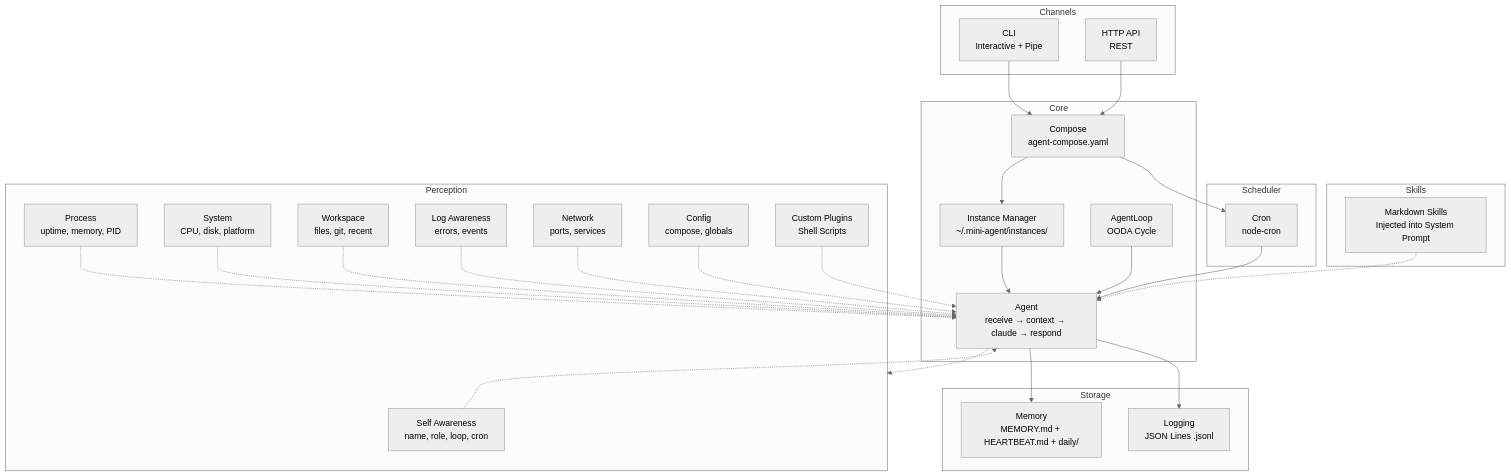
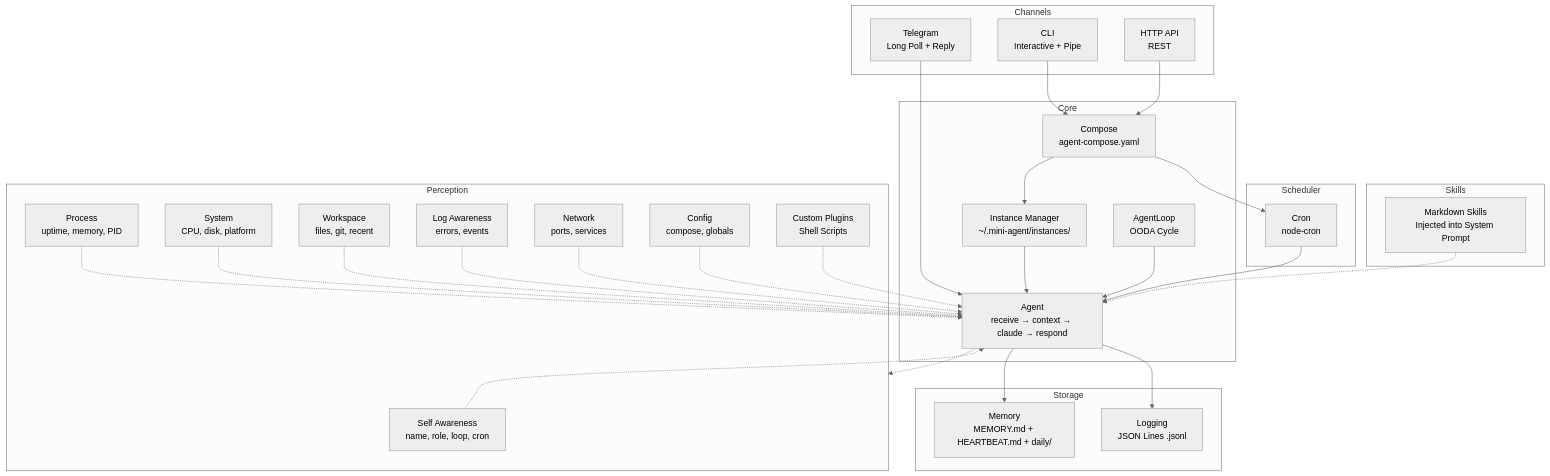
One commit to miles990/mini-agent changed the diagram in README.md. Above: the diagram before and after it, drawn with Mermaid (neutral theme). The commit also changed other lines of this file and 7 other files, not shown here.

````diff
--- a/README.md
+++ b/README.md
@@ -16,59 +17,61 @@
 ```mermaid
 graph TB
     subgraph Channels
         CLI[CLI<br/>Interactive + Pipe]
         API[HTTP API<br/>REST]
+        TG[Telegram<br/>Long Poll + Reply]
     end
 
     subgraph Core
         Compose[Compose<br/>agent-compose.yaml]
         Instance[Instance Manager<br/>~/.mini-agent/instances/]
         Agent[Agent<br/>receive → context → claude → respond]
         Loop[AgentLoop<br/>OODA Cycle]
     end
 
     subgraph Perception
         Self[Self Awareness<br/>name, role, loop, cron]
         Process[Process<br/>uptime, memory, PID]
         System[System<br/>CPU, disk, platform]
         Workspace[Workspace<br/>files, git, recent]
         Logs[Log Awareness<br/>errors, events]
         Network[Network<br/>ports, services]
         Config[Config<br/>compose, globals]
         Custom[Custom Plugins<br/>Shell Scripts]
     end
 
     subgraph Skills
         Skill[Markdown Skills<br/>Injected into System Prompt]
     end
 
     subgraph Storage
         Memory[Memory<br/>MEMORY.md + HEARTBEAT.md + daily/]
         LogStore[Logging<br/>JSON Lines .jsonl]
     end
 
     subgraph Scheduler
         Cron[Cron<br/>node-cron]
     end
 
     CLI --> Compose
     API --> Compose
+    TG --> Agent
     Compose --> Instance
     Instance --> Agent
     Agent --> Memory
     Agent --> LogStore
     Loop --> Agent
     Cron --> Agent
     Compose --> Cron
 
     Agent -.-> Perception
     Self -.-> Agent
     Process -.-> Agent
     System -.-> Agent
     Workspace -.-> Agent
     Logs -.-> Agent
     Network -.-> Agent
     Config -.-> Agent
     Custom -.-> Agent
     Skill -.-> Agent
 ```
````
